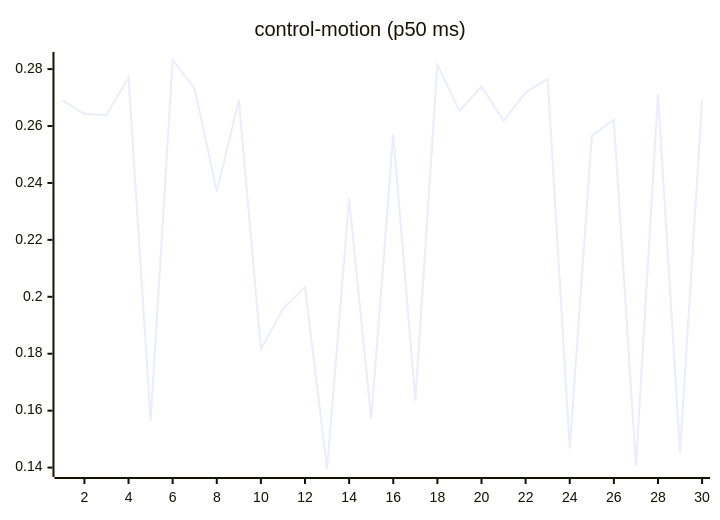
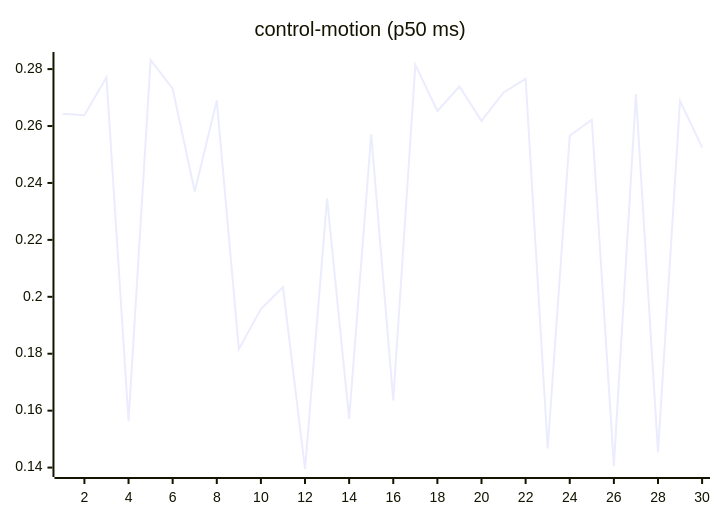
The seventh of 27 diagrams in README.md (josha/Facet), drawn with Mermaid before and after one commit. The commit also changed other lines of this file and 2 other files, not shown here.

````diff
--- a/README.md
+++ b/README.md
@@ -105,6 +105,6 @@
 ```mermaid
 xychart-beta
     title "control-motion (p50 ms)"
     x-axis 1 --> 30
-    line [0.2690, 0.2643, 0.2638, 0.2771, 0.1563, 0.2832, 0.2731, 0.2370, 0.2690, 0.1816, 0.1957, 0.2034, 0.1395, 0.2345, 0.1571, 0.2571, 0.1636, 0.2815, 0.2653, 0.2739, 0.2618, 0.2718, 0.2766, 0.1467, 0.2566, 0.2622, 0.1405, 0.2712, 0.1454, 0.2688]
+    line [0.2643, 0.2638, 0.2771, 0.1563, 0.2832, 0.2731, 0.2370, 0.2690, 0.1816, 0.1957, 0.2034, 0.1395, 0.2345, 0.1571, 0.2571, 0.1636, 0.2815, 0.2653, 0.2739, 0.2618, 0.2718, 0.2766, 0.1467, 0.2566, 0.2622, 0.1405, 0.2712, 0.1454, 0.2688, 0.2525]
 ```
````
